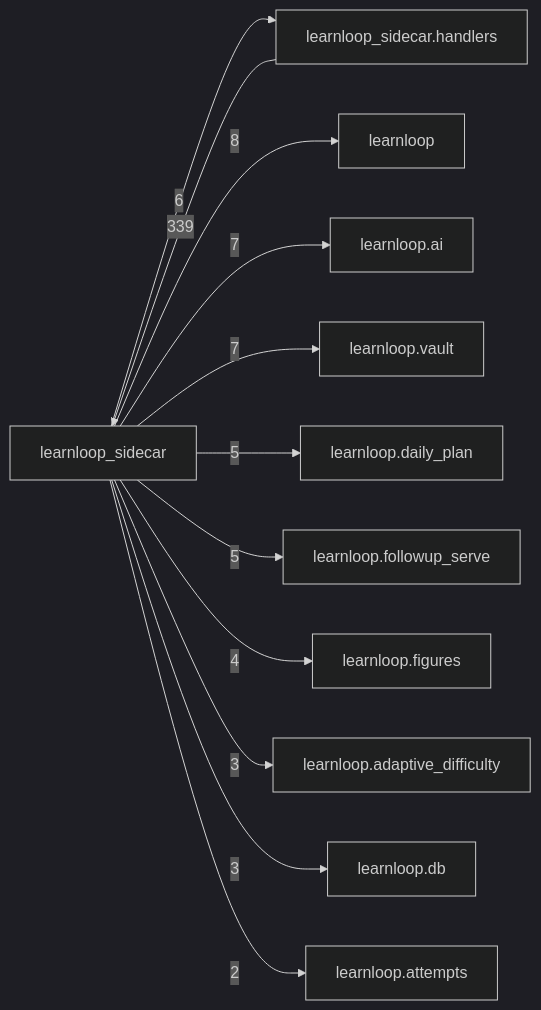
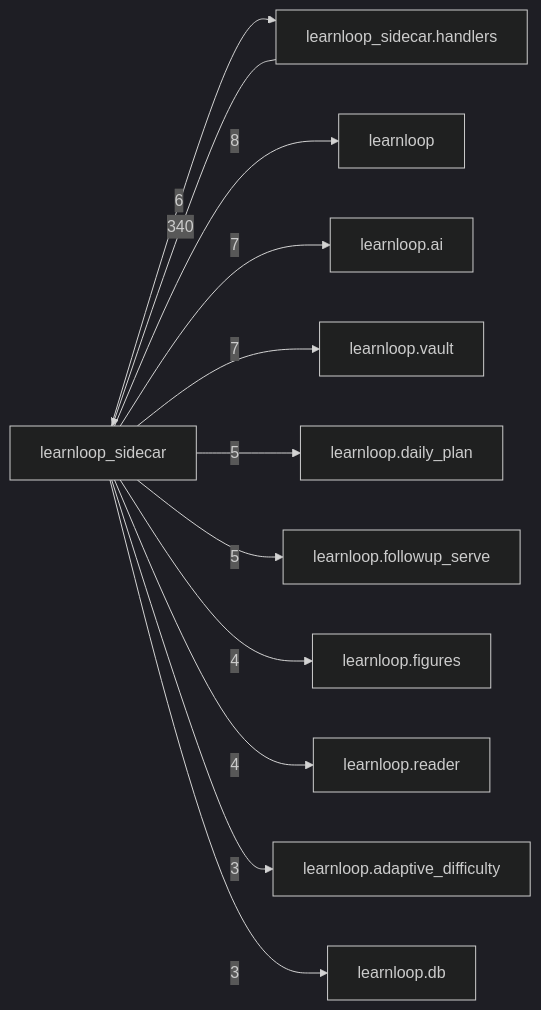
Before and after one commit to 6up-b/learnanything: the diagram in docs/learnloop-architecture-vault/Reference/Modules/learnloop_sidecar/_package.md, drawn with Mermaid (dark theme). The commit also changed other lines of this file and 24 other files, not shown here.

````diff
--- a/docs/learnloop-architecture-vault/Reference/Modules/learnloop_sidecar/_package.md
+++ b/docs/learnloop-architecture-vault/Reference/Modules/learnloop_sidecar/_package.md
@@ -127,25 +128,25 @@
 ```mermaid
 flowchart LR
     center["learnloop_sidecar"]
     n_learnloop_sidecar_handlers["learnloop_sidecar.handlers"]
     n_learnloop["learnloop"]
     n_learnloop_ai["learnloop.ai"]
     n_learnloop_vault["learnloop.vault"]
     n_learnloop_daily_plan["learnloop.daily_plan"]
     n_learnloop_followup_serve["learnloop.followup_serve"]
     n_learnloop_figures["learnloop.figures"]
+    n_learnloop_reader["learnloop.reader"]
     n_learnloop_adaptive_difficulty["learnloop.adaptive_difficulty"]
     n_learnloop_db["learnloop.db"]
-    n_learnloop_attempts["learnloop.attempts"]
-    n_learnloop_sidecar_handlers -->|339| center
+    n_learnloop_sidecar_handlers -->|340| center
     center -->|6| n_learnloop_sidecar_handlers
     center -->|8| n_learnloop
     center -->|7| n_learnloop_ai
     center -->|7| n_learnloop_vault
     center -->|5| n_learnloop_daily_plan
     center -->|5| n_learnloop_followup_serve
     center -->|4| n_learnloop_figures
+    center -->|4| n_learnloop_reader
     center -->|3| n_learnloop_adaptive_difficulty
     center -->|3| n_learnloop_db
-    center -->|2| n_learnloop_attempts
 ```
````
